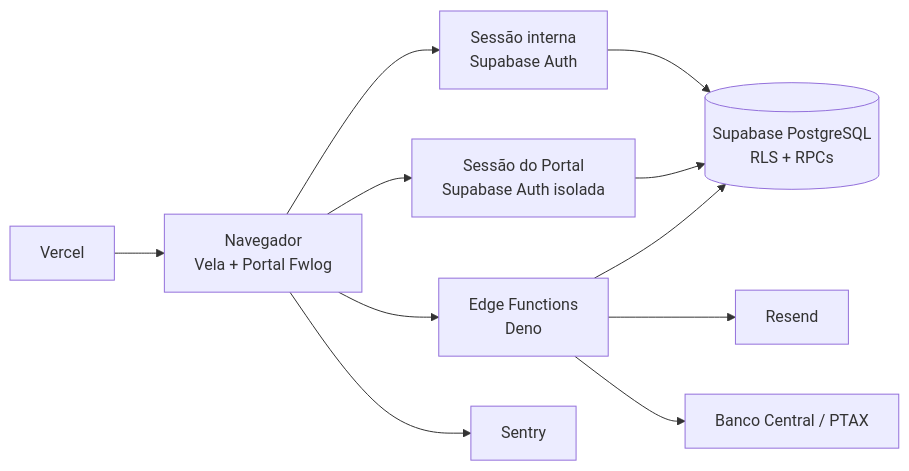
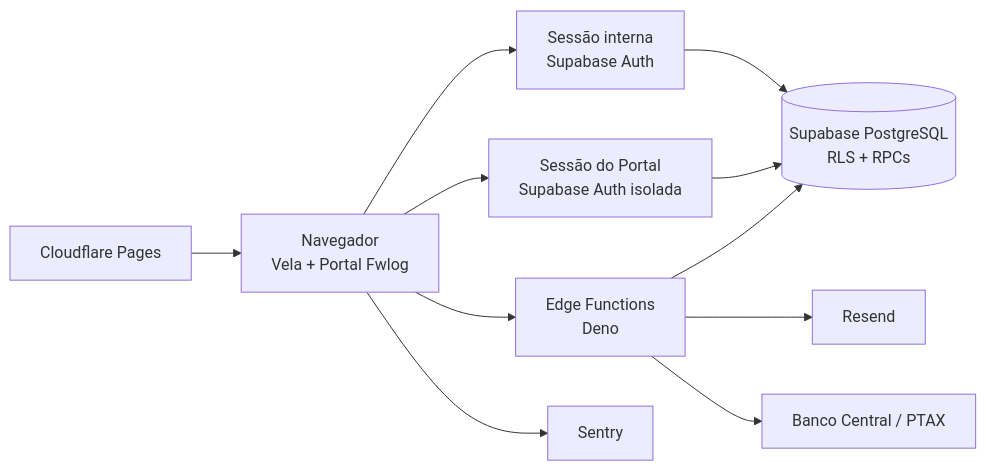
The first of 2 diagrams in docs/ARCHITECTURE.md (luccafwlog/vela), drawn with Mermaid before and after one commit. The commit also changed other lines of this file and 29 other files, not shown here.

````diff
--- a/docs/ARCHITECTURE.md
+++ b/docs/ARCHITECTURE.md
@@ -11,23 +11,23 @@
 ```mermaid
 flowchart LR
     Browser["Navegador<br/>Vela + Portal Fwlog"]
     Internal["Sessão interna<br/>Supabase Auth"]
     Portal["Sessão do Portal<br/>Supabase Auth isolada"]
     Database[("Supabase PostgreSQL<br/>RLS + RPCs")]
     Functions["Edge Functions<br/>Deno"]
     Resend["Resend"]
     BCB["Banco Central / PTAX"]
     Sentry["Sentry"]
-    Vercel["Vercel"]
+    Pages["Cloudflare Pages"]
 
     Browser --> Internal
     Browser --> Portal
     Internal --> Database
     Portal --> Database
     Browser --> Functions
     Functions --> Database
     Functions --> Resend
     Functions --> BCB
     Browser --> Sentry
-    Vercel --> Browser
+    Pages --> Browser
 ```
````
